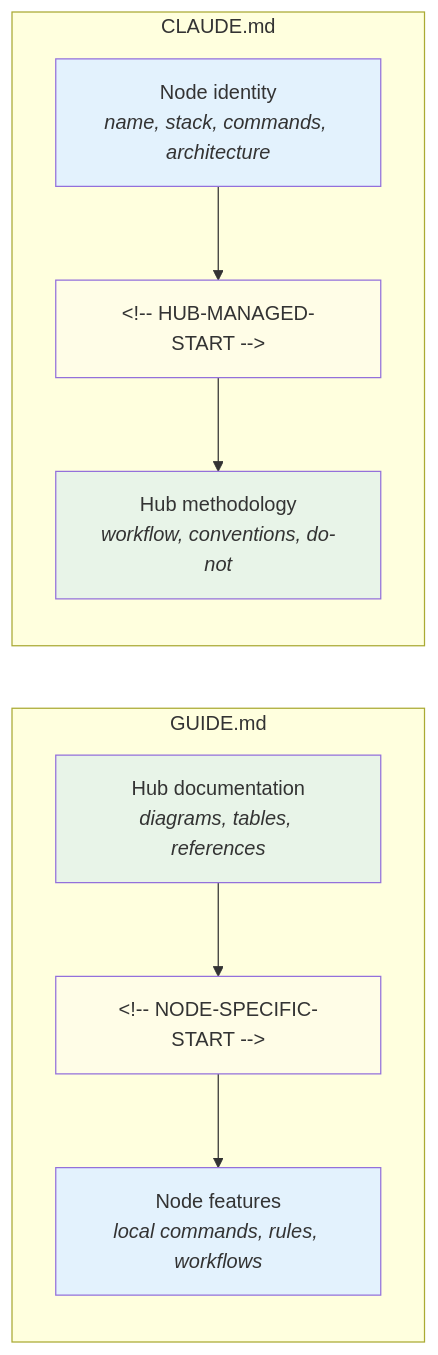
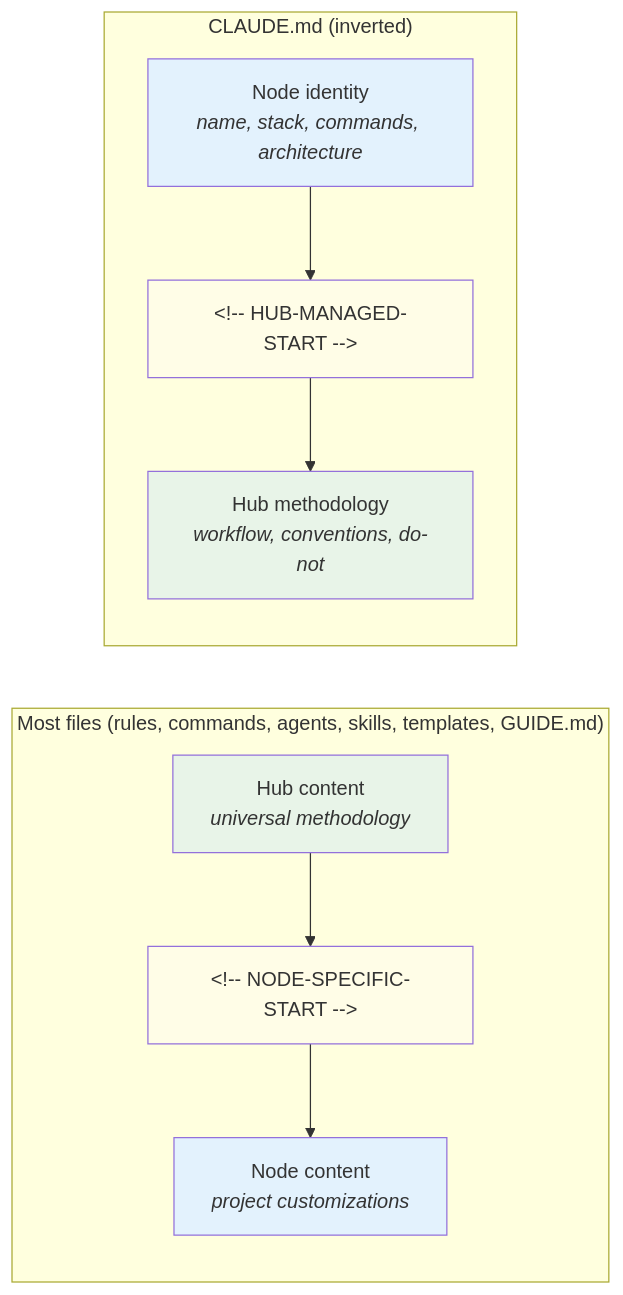
Diagram 12 of 18 in GUIDE.md (goldhaxx/fucina), drawn with Mermaid before and after one commit. The commit also changed other lines of this file and 26 other files, not shown here.

````diff
--- a/GUIDE.md
+++ b/GUIDE.md
@@ -542,23 +567,23 @@
 ```mermaid
 flowchart LR
-    subgraph "GUIDE.md"
-        G_HUB["Hub documentation<br/><i>diagrams, tables, references</i>"]
-        G_DELIM["&lt;!-- NODE-SPECIFIC-START --&gt;"]
-        G_NODE["Node features<br/><i>local commands, rules, workflows</i>"]
-        G_HUB --> G_DELIM --> G_NODE
+    subgraph "Most files (rules, commands, agents, skills, templates, GUIDE.md)"
+        M_HUB["Hub content<br/><i>universal methodology</i>"]
+        M_DELIM["&lt;!-- NODE-SPECIFIC-START --&gt;"]
+        M_NODE["Node content<br/><i>project customizations</i>"]
+        M_HUB --> M_DELIM --> M_NODE
     end
 
-    subgraph "CLAUDE.md"
+    subgraph "CLAUDE.md (inverted)"
         C_NODE["Node identity<br/><i>name, stack, commands, architecture</i>"]
         C_DELIM["&lt;!-- HUB-MANAGED-START --&gt;"]
         C_HUB["Hub methodology<br/><i>workflow, conventions, do-not</i>"]
         C_NODE --> C_DELIM --> C_HUB
     end
 
-    style G_HUB fill:#e8f4e8
-    style G_NODE fill:#e3f2fd
-    style G_DELIM fill:#fffde7
+    style M_HUB fill:#e8f4e8
+    style M_NODE fill:#e3f2fd
+    style M_DELIM fill:#fffde7
     style C_NODE fill:#e3f2fd
     style C_HUB fill:#e8f4e8
     style C_DELIM fill:#fffde7
 ```
````
